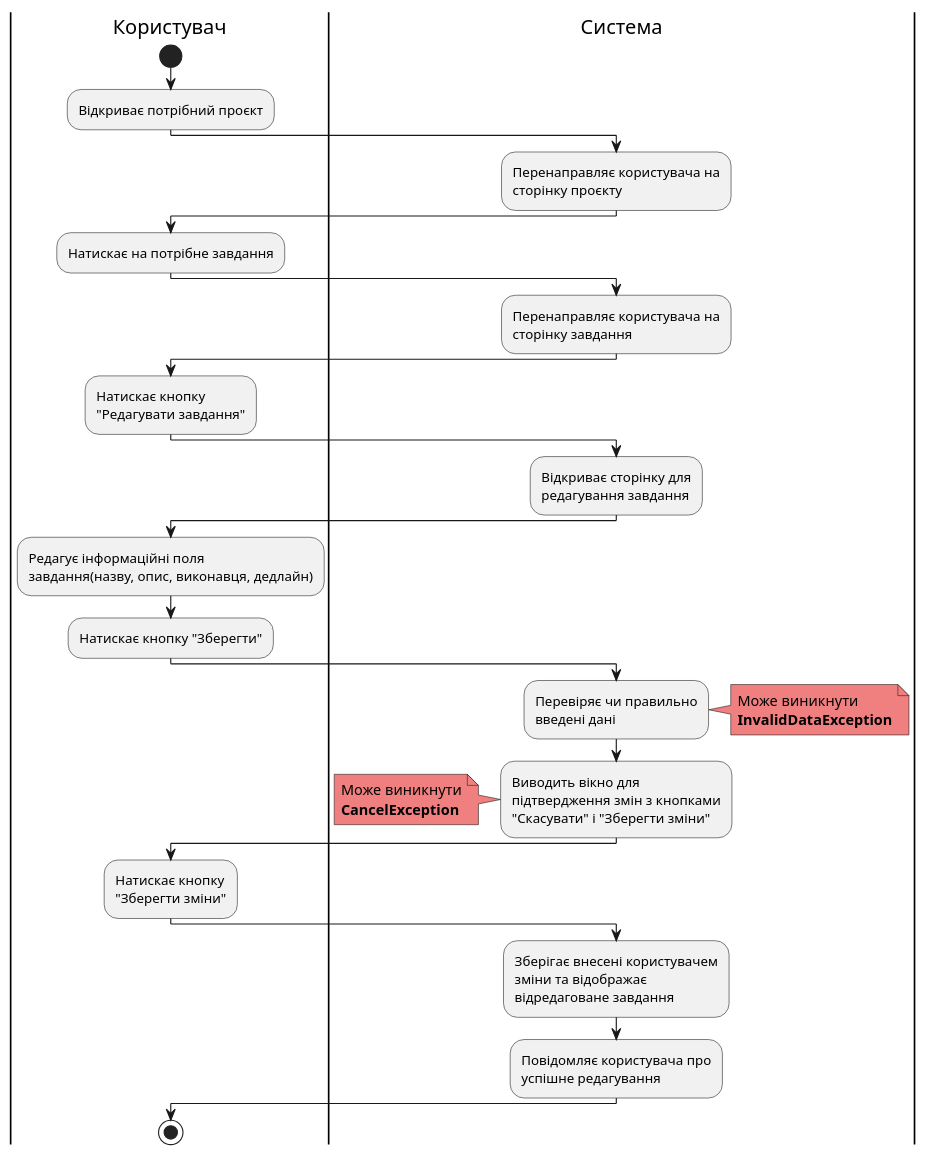
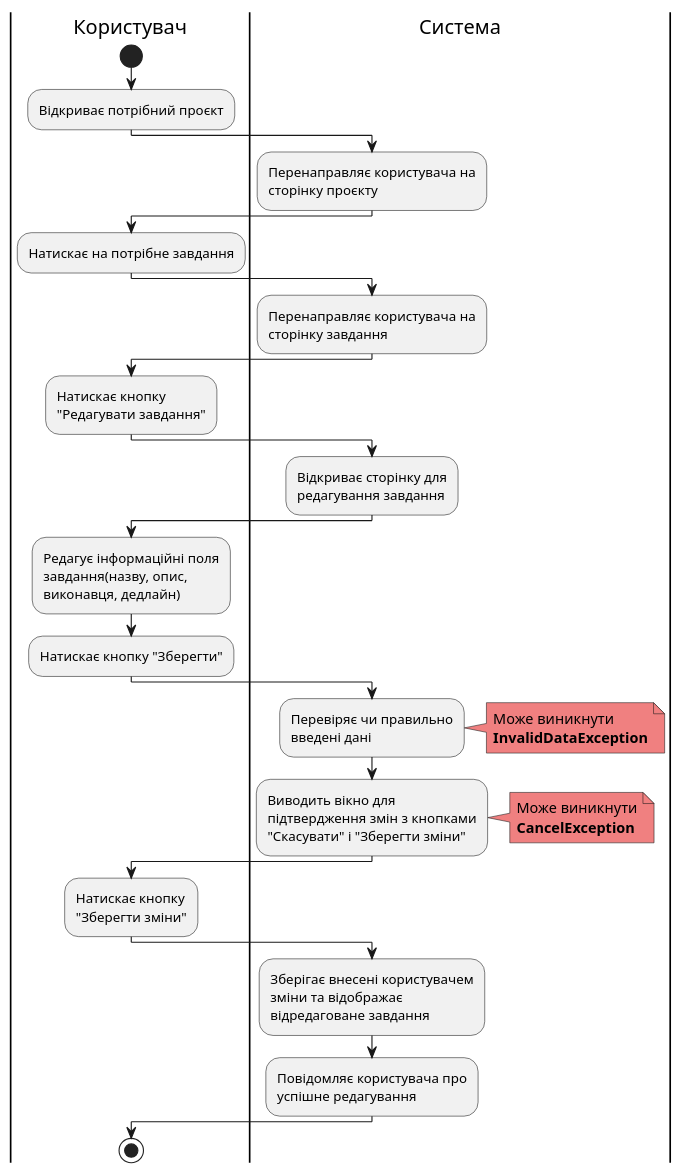
Before and after one commit to samoilenkomariia/db-coursework: diagram 15 of 23 in docs/use cases/README.md, drawn with PlantUML. The commit also changed other lines of this file, not shown here.

```diff
--- a/docs/use cases/README.md
+++ b/docs/use cases/README.md
@@ -648,52 +648,52 @@
 @startuml
     
     |Користувач|
     start;
     :Відкриває потрібний проєкт;
         
     |Система|
     :Перенаправляє користувача на\nсторінку проєкту;
     
     |Користувач|
     :Натискає на потрібне завдання;
 
     |Система|
     :Перенаправляє користувача на\nсторінку завдання;
     
     |Користувач|
     :Натискає кнопку\n"Редагувати завдання";
 
     |Система|
     :Відкриває сторінку для\nредагування завдання;
 
     |Користувач|
-    :Редагує інформаційні поля\nзавдання(назву, опис, виконавця, дедлайн);
+    :Редагує інформаційні поля\nзавдання(назву, опис,\nвиконавця, дедлайн);
     
     |Користувач|
     :Натискає кнопку "Зберегти";
 
     |Система|
     :Перевіряє чи правильно\nвведені дані;
     
     note right #lightcoral
         Може виникнути
         <b>InvalidDataException</b>
     end note
     
     |Система|
     :Виводить вікно для\nпідтвердження змін з кнопками\n"Скасувати" і "Зберегти зміни";
 
-    note left #lightcoral
+    note right #lightcoral
         Може виникнути
         <b>CancelException</b>
     end note    
     |Користувач|
     :Натискає кнопку\n"Зберегти зміни";
 
     |Система|
     :Зберігає внесені користувачем\nзміни та відображає\nвідредаговане завдання;
     :Повідомляє користувача про\nуспішне редагування;
 
     |Користувач|
         stop;
 @enduml
```
